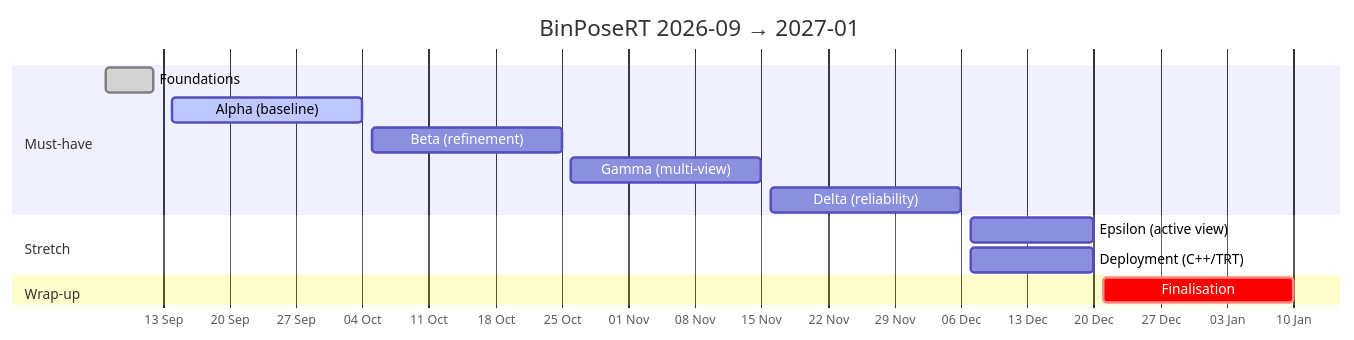
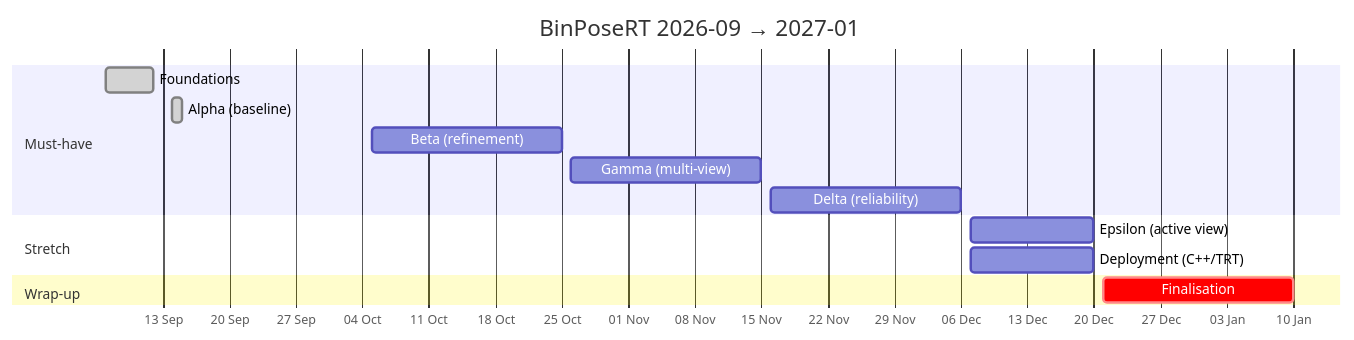
One commit to ahmadmasood43/BinPoseRT changed the diagram in docs/MILESTONES.md. Above: the diagram before and after it, drawn with Mermaid. The commit also changed other lines of this file and 69 other files, not shown here.

````diff
--- a/docs/MILESTONES.md
+++ b/docs/MILESTONES.md
@@ -29,17 +29,17 @@
 ```mermaid
 gantt
     title BinPoseRT 2026-09 → 2027-01
     dateFormat  YYYY-MM-DD
     axisFormat  %d %b
     section Must-have
     Foundations            :done,    m1, 2026-09-07, 2026-09-12
-    Alpha (baseline)       :active,  m2, 2026-09-14, 2026-10-04
+    Alpha (baseline)       :done,    m2, 2026-09-14, 2026-09-15
     Beta (refinement)      :         m3, 2026-10-05, 2026-10-25
     Gamma (multi-view)     :         m4, 2026-10-26, 2026-11-15
     Delta (reliability)    :         m5, 2026-11-16, 2026-12-06
     section Stretch
     Epsilon (active view)  :         m6, 2026-12-07, 2026-12-20
     Deployment (C++/TRT)   :         m7, 2026-12-07, 2026-12-20
     section Wrap-up
     Finalisation           :crit,    m8, 2026-12-21, 2027-01-10
 ```
````
